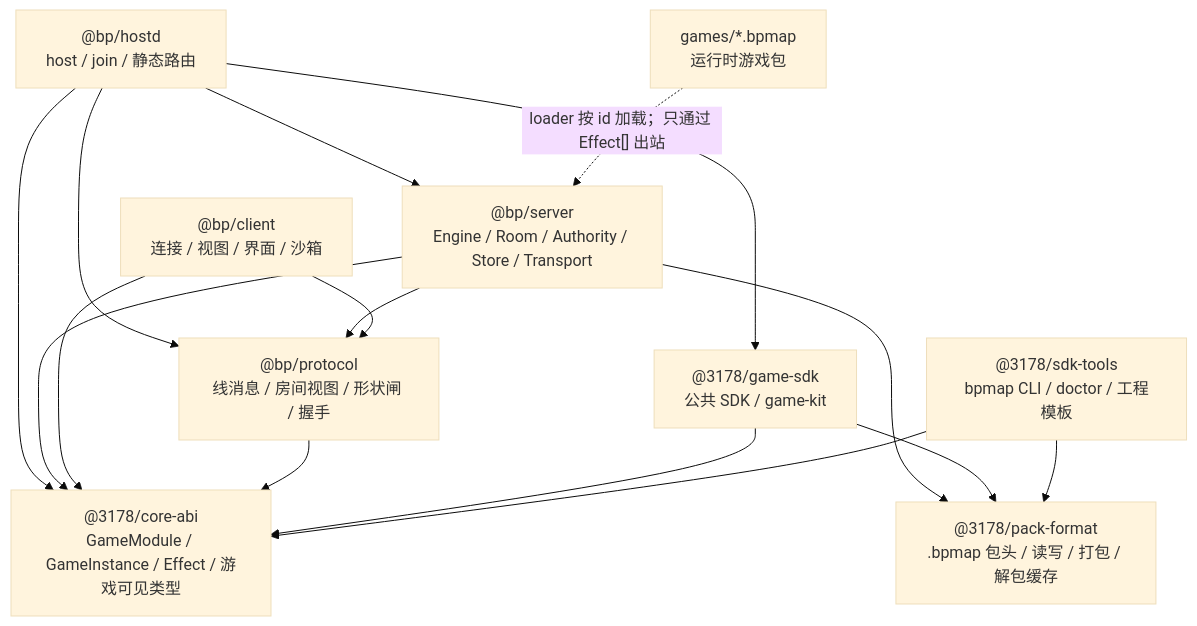
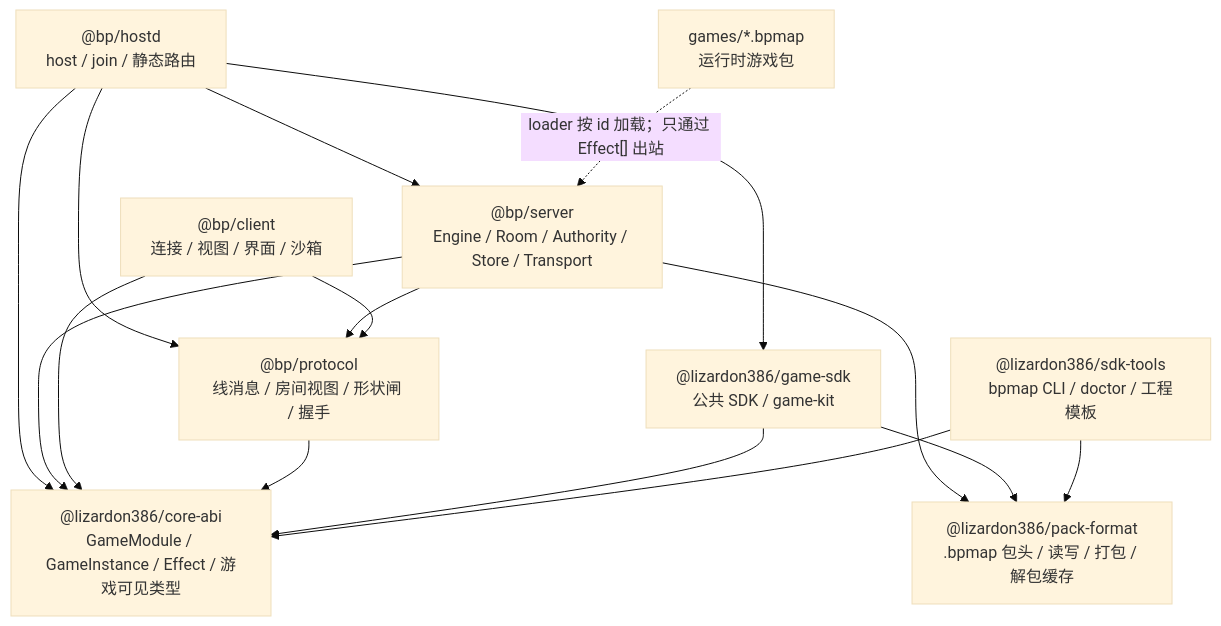
One commit to Lizardon386/3178-battle-platform changed the sixth of 6 diagrams in DESIGN.md. Above: the diagram before and after it, drawn with Mermaid (base theme). The commit also changed other lines of this file and 57 other files, not shown here.

Commit message:
refactor: SDK 发布到 @lizardon386 scope

````diff
--- a/DESIGN.md
+++ b/DESIGN.md
@@ -278,27 +278,27 @@
 ```mermaid
 flowchart TD
-  A["@3178/core-abi<br/>GameModule / GameInstance / Effect / 游戏可见类型"]
+  A["@lizardon386/core-abi<br/>GameModule / GameInstance / Effect / 游戏可见类型"]
   P["@bp/protocol<br/>线消息 / 房间视图 / 形状闸 / 握手"]
-  F["@3178/pack-format<br/>.bpmap 包头 / 读写 / 打包 / 解包缓存"]
-  K["@3178/game-sdk<br/>公共 SDK / game-kit"]
-  T["@3178/sdk-tools<br/>bpmap CLI / doctor / 工程模板"]
+  F["@lizardon386/pack-format<br/>.bpmap 包头 / 读写 / 打包 / 解包缓存"]
+  K["@lizardon386/game-sdk<br/>公共 SDK / game-kit"]
+  T["@lizardon386/sdk-tools<br/>bpmap CLI / doctor / 工程模板"]
   S["@bp/server<br/>Engine / Room / Authority / Store / Transport"]
   C["@bp/client<br/>连接 / 视图 / 界面 / 沙箱"]
   H["@bp/hostd<br/>host / join / 静态路由"]
   G["games/*.bpmap<br/>运行时游戏包"]
   H --> S
   H --> P
   H --> A
   H --> K
   S --> A
   S --> P
   S --> F
   C --> A
   C --> P
   P --> A
   K --> A
   K --> F
   T --> A
   T --> F
   G -. "loader 按 id 加载；只通过 Effect[] 出站" .-> S
 ```
````
